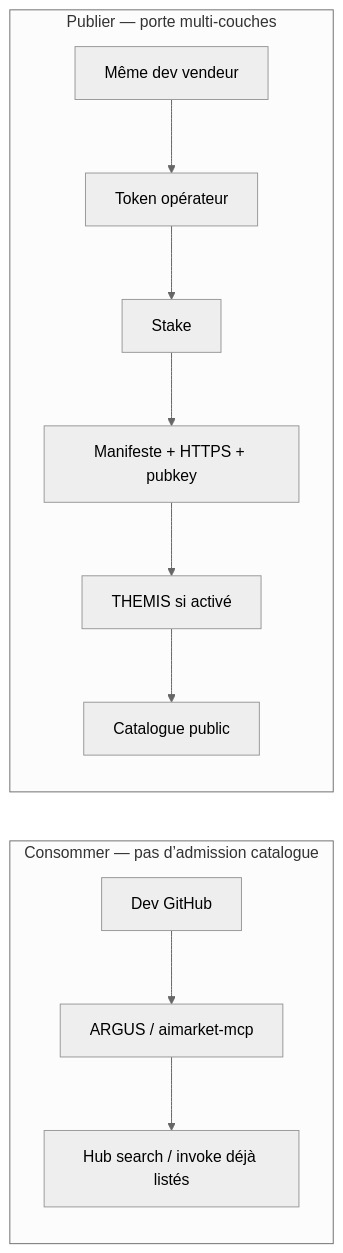
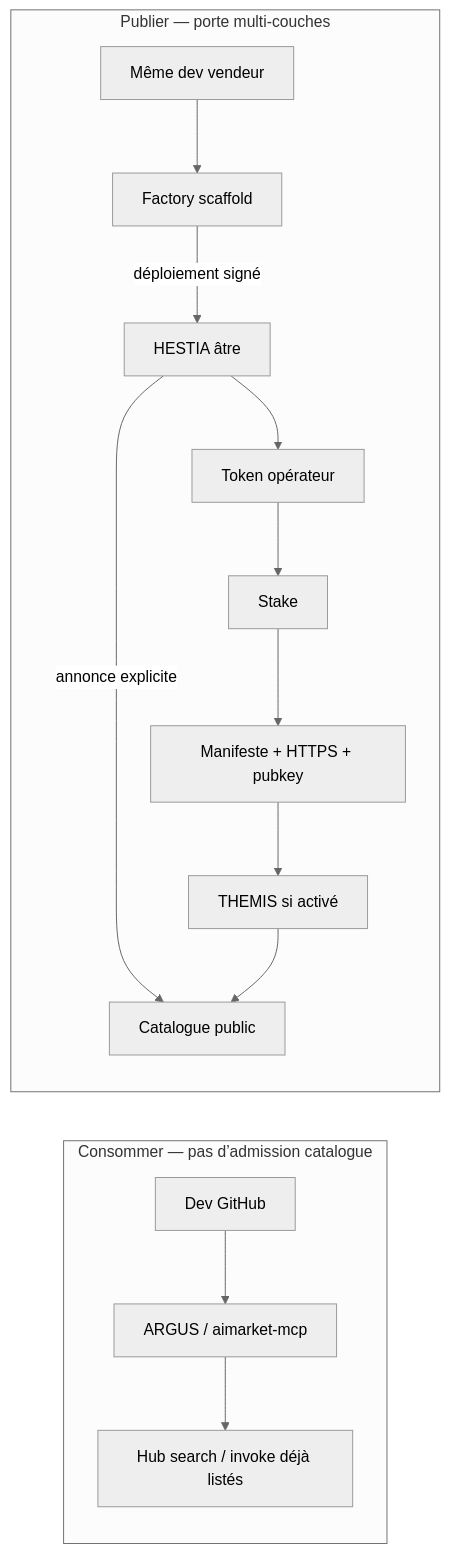
The diagram in docs/ecosystem/supply-chain-admission-fr.md (alexar76/aicom), drawn with Mermaid (neutral theme) before and after one commit. The commit also changed other lines of this file and 28 other files, not shown here.

````diff
--- a/docs/ecosystem/supply-chain-admission-fr.md
+++ b/docs/ecosystem/supply-chain-admission-fr.md
@@ -101,14 +104,17 @@
 ```mermaid
 flowchart LR
   subgraph consume [Consommer — pas d’admission catalogue]
     Dev[Dev GitHub] --> Argus[ARGUS / aimarket-mcp]
     Argus --> HubRead[Hub search / invoke déjà listés]
   end
   subgraph publish [Publier — porte multi-couches]
-    Dev2[Même dev vendeur] --> Tok[Token opérateur]
+    Dev2[Même dev vendeur] --> Fac[Factory scaffold]
+    Fac -->|déploiement signé| Hes[HESTIA âtre]
+    Hes --> Tok[Token opérateur]
     Tok --> Stake[Stake]
     Stake --> Man[Manifeste + HTTPS + pubkey]
     Man --> T[THEMIS si activé]
-    T --> Cat[Catalogue public]
+    Hes -->|annonce explicite| Cat[Catalogue public]
+    T --> Cat
   end
 ```
````
